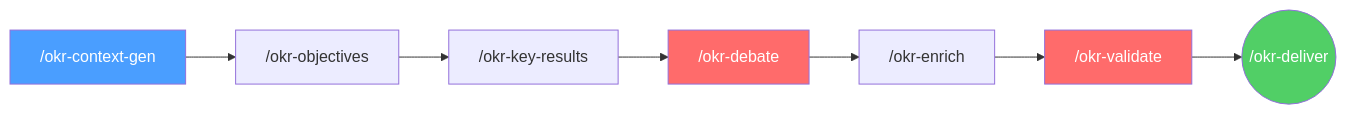
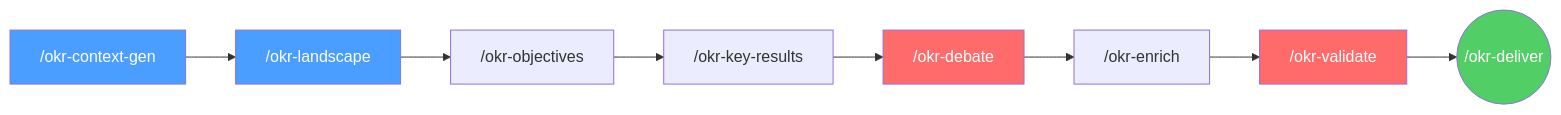
Before and after one commit to kibarik/po-helper: the second of 3 diagrams in README.md, drawn with Mermaid. The commit also changed other lines of this file and 1 other file, not shown here.

First line of the commit message:
feat(scaffold): landscape Нексус в paf-nexus-create + README

````diff
--- a/README.md
+++ b/README.md
@@ -92,9 +92,10 @@
 ```mermaid
 flowchart LR
-    A["/okr-context-gen"] --> B["/okr-objectives"] --> C["/okr-key-results"]
+    A["/okr-context-gen"] --> A2["/okr-landscape"] --> B["/okr-objectives"] --> C["/okr-key-results"]
     C --> D["/okr-debate"] --> E["/okr-enrich"] --> F["/okr-validate"] --> G(("/okr-deliver"))
     style A fill:#4a9eff,color:#fff
+    style A2 fill:#4a9eff,color:#fff
     style D fill:#ff6b6b,color:#fff
     style F fill:#ff6b6b,color:#fff
     style G fill:#51cf66,color:#fff
 ```
````
